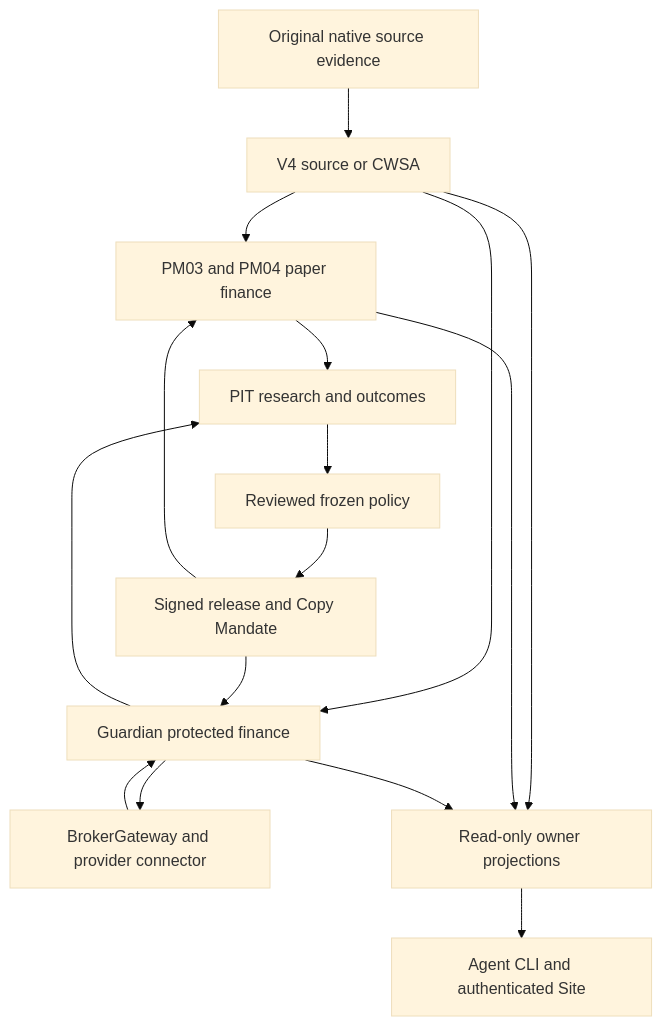
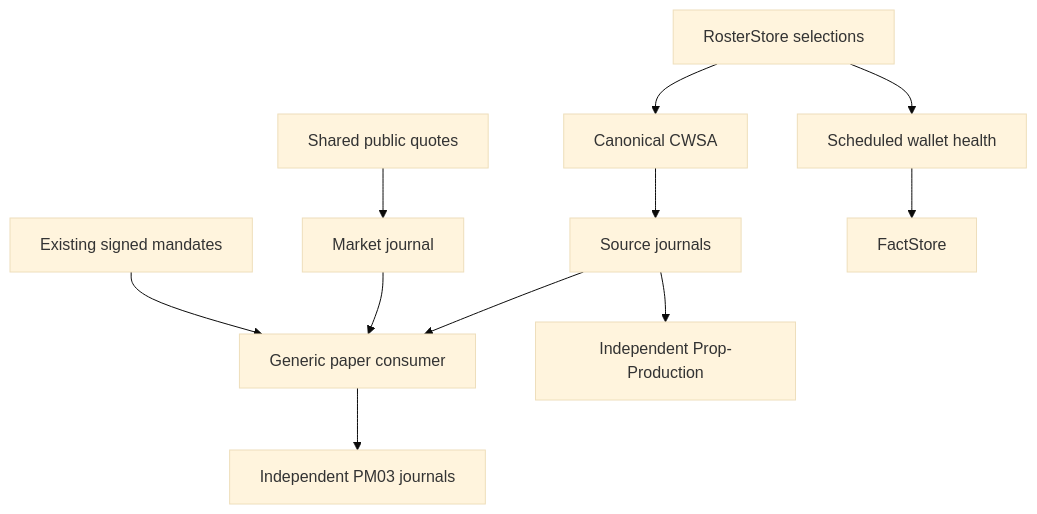
The diagram in docs/ARCHITECTURE.md (hzminhzz/copytrade-pm), drawn with Mermaid (base theme) before and after one commit. The commit also changed other lines of this file and 503 other files, not shown here.

````diff
--- a/docs/ARCHITECTURE.md
+++ b/docs/ARCHITECTURE.md
@@ -11,18 +20,13 @@
 ```mermaid
 flowchart TD
-  Original["Original native source evidence"] --> Source["V4 source or CWSA"]
-  Research["PIT research and outcomes"] --> Policy["Reviewed frozen policy"]
-  Policy --> Mandate["Signed release and Copy Mandate"]
-  Source --> Paper["PM03 and PM04 paper finance"]
-  Source --> Guardian["Guardian protected finance"]
-  Mandate --> Paper
-  Mandate --> Guardian
-  Guardian --> Gateway["BrokerGateway and provider connector"]
-  Gateway --> Guardian
-  Paper --> Research
-  Guardian --> Research
-  Source --> View["Read-only owner projections"]
-  Paper --> View
-  Guardian --> View
-  View --> Operator["Agent CLI and authenticated Site"]
+  R["RosterStore selections"] --> S["Canonical CWSA"]
+  S --> SJ["Source journals"]
+  Q["Shared public quotes"] --> QJ["Market journal"]
+  SJ --> P["Generic paper consumer"]
+  QJ --> P
+  M["Existing signed mandates"] --> P
+  P --> J["Independent PM03 journals"]
+  H["Scheduled wallet health"] --> F["FactStore"]
+  R --> H
+  SJ --> E["Independent Prop-Production"]
 ```
````
